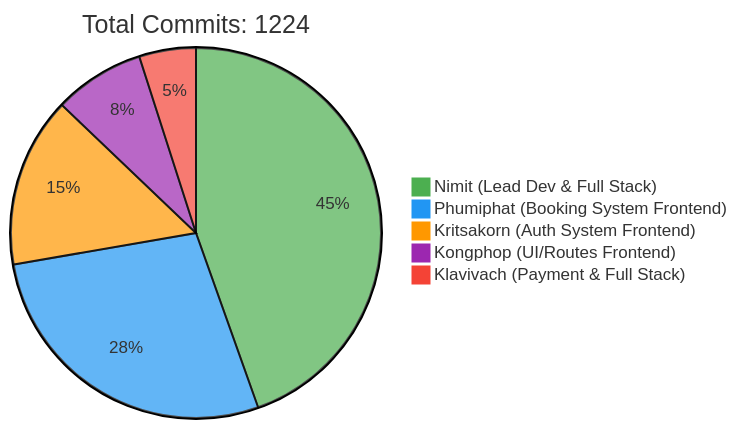
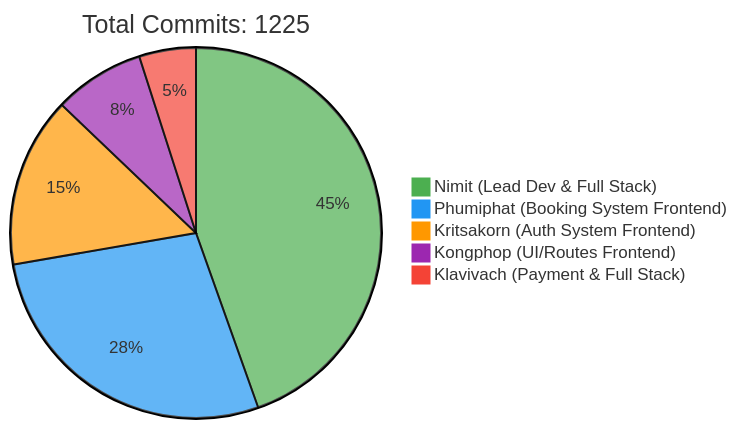
Before and after one commit to 6531503042/Sport-Complex: the first of 2 diagrams in README.md, drawn with Mermaid. The commit also changed other lines of this file, not shown here.

Commit message:
docs: Update contributor statistics [skip ci]

````diff
--- a/README.md
+++ b/README.md
@@ -257,10 +257,10 @@
 ```mermaid
 %%{init: {'theme': 'base', 'themeVariables': { 'pie1': '#4CAF50', 'pie2': '#2196F3', 'pie3': '#FF9800', 'pie4': '#9C27B0', 'pie5': '#F44336'}}}%%
 pie
-    title Total Commits: 1224
+    title Total Commits: 1225
     "Nimit (Lead Dev & Full Stack)" : 450
     "Phumiphat (Booking System Frontend)" : 280
     "Kritsakorn (Auth System Frontend)" : 150
     "Kongphop (UI/Routes Frontend)" : 80
     "Klavivach (Payment & Full Stack)" : 50
 ```
````
